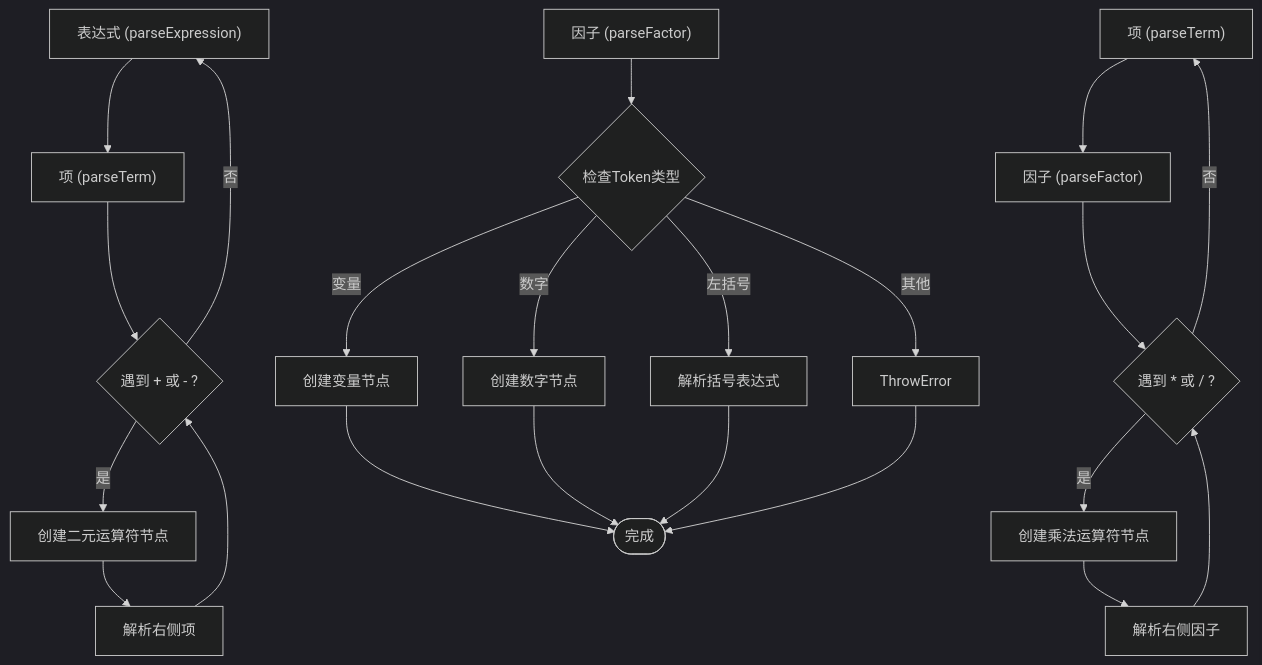
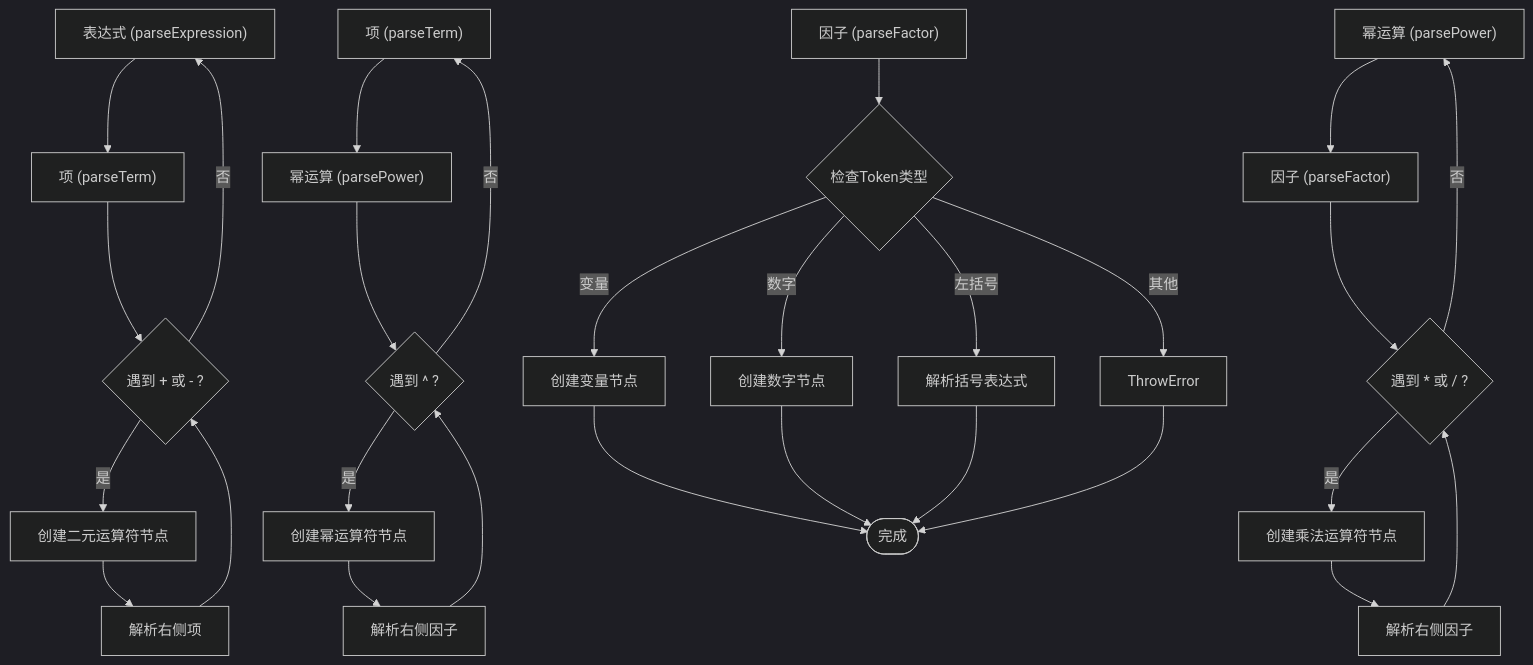
Before and after one commit to steveyu2/formula-mapper: the fifth of 7 diagrams in .qoder/repowiki/zh/content/开发者指南/核心模块实现/公式解析器.md, drawn with Mermaid (dark theme). The commit also changed other lines of this file and 4 other files, not shown here.

````diff
--- a/.qoder/repowiki/zh/content/开发者指南/核心模块实现/公式解析器.md
+++ b/.qoder/repowiki/zh/content/开发者指南/核心模块实现/公式解析器.md
@@ -193,24 +218,30 @@
 ```mermaid
 flowchart TD
 Expression["表达式 (parseExpression)"] --> Term1["项 (parseTerm)"]
 Term1 --> CheckOp1{"遇到 + 或 - ?"}
 CheckOp1 --> |是| AddOp1["创建二元运算符节点"]
 CheckOp1 --> |否| Expression
 AddOp1 --> Term2["解析右侧项"]
 Term2 --> CheckOp1
-Term["项 (parseTerm)"] --> Factor1["因子 (parseFactor)"]
-Factor1 --> CheckOp2{"遇到 * 或 / ?"}
-CheckOp2 --> |是| AddOp2["创建乘法运算符节点"]
+Term["项 (parseTerm)"] --> Power1["幂运算 (parsePower)"]
+Power1 --> CheckOp2{"遇到 ^ ?"}
+CheckOp2 --> |是| AddOp2["创建幂运算符节点"]
 CheckOp2 --> |否| Term
-AddOp2 --> Factor2["解析右侧因子"]
-Factor2 --> CheckOp2
+AddOp2 --> Power2["解析右侧因子"]
+Power2 --> CheckOp2
+Power["幂运算 (parsePower)"] --> Factor1["因子 (parseFactor)"]
+Factor1 --> CheckOp3{"遇到 * 或 / ?"}
+CheckOp3 --> |是| AddOp3["创建乘法运算符节点"]
+CheckOp3 --> |否| Power
+AddOp3 --> Factor2["解析右侧因子"]
+Factor2 --> CheckOp3
 Factor["因子 (parseFactor)"] --> CheckType{"检查Token类型"}
 CheckType --> |变量| CreateVar["创建变量节点"]
 CheckType --> |数字| CreateNum["创建数字节点"]
 CheckType --> |左括号| ParseParen["解析括号表达式"]
 CheckType --> |其他| ThrowError
 CreateVar --> Done([完成])
 CreateNum --> Done
 ParseParen --> Done
 ThrowError --> Done
 ```
````
